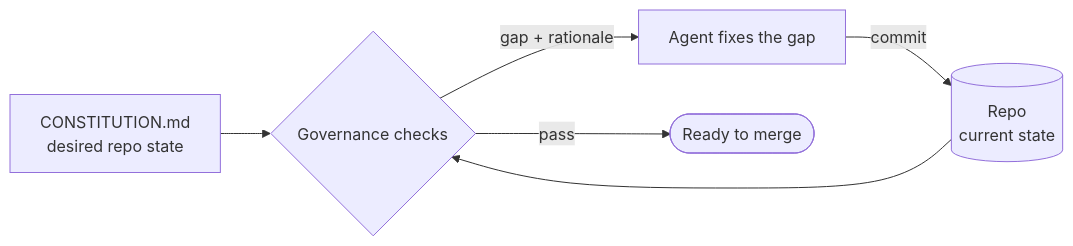
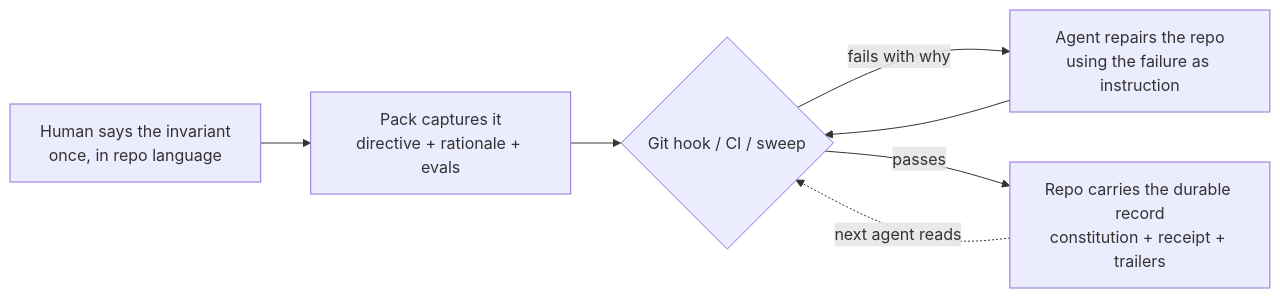
The first of 6 diagrams in README.md (Duaility/governance-kit), drawn with Mermaid before and after one commit. The commit also changed other lines of this file and 1 other file, not shown here.

````diff
--- a/README.md
+++ b/README.md
@@ -64,13 +51,14 @@
 ```mermaid
 flowchart LR
-    C[CONSTITUTION.md<br/>desired repo state]
-    G{Governance checks}
-    A[Agent fixes the gap]
-    R[(Repo<br/>current state)]
+    H["Human says the invariant<br/>once, in repo language"]
+    P["Pack captures it<br/>directive + rationale + evals"]
+    G{"Git hook / CI / sweep"}
+    A["Agent repairs the repo<br/>using the failure as instruction"]
+    R["Repo carries the durable record<br/>constitution + receipt + trailers"]
 
-    C --> G
-    R --> G
-    G -->|"gap + rationale"| A
-    A -->|"commit"| R
-    G -->|"pass"| OK([Ready to merge])
+    H --> P --> G
+    G -- "fails with why" --> A
+    A --> G
+    G -- "passes" --> R
+    R -.->|"next agent reads"| G
 ```
````
